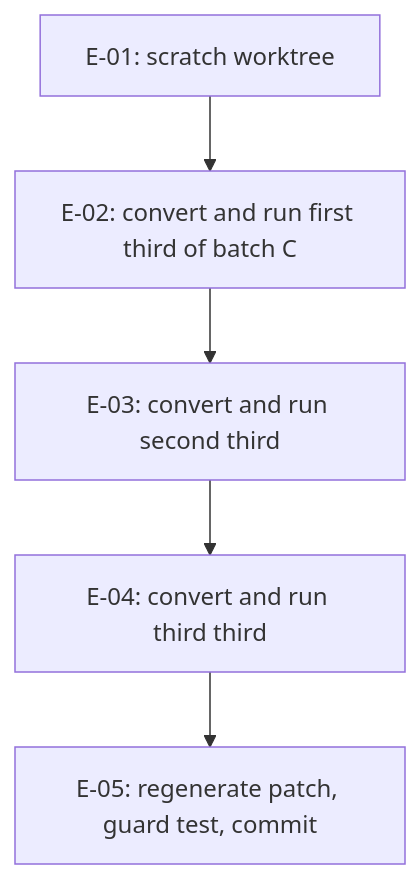
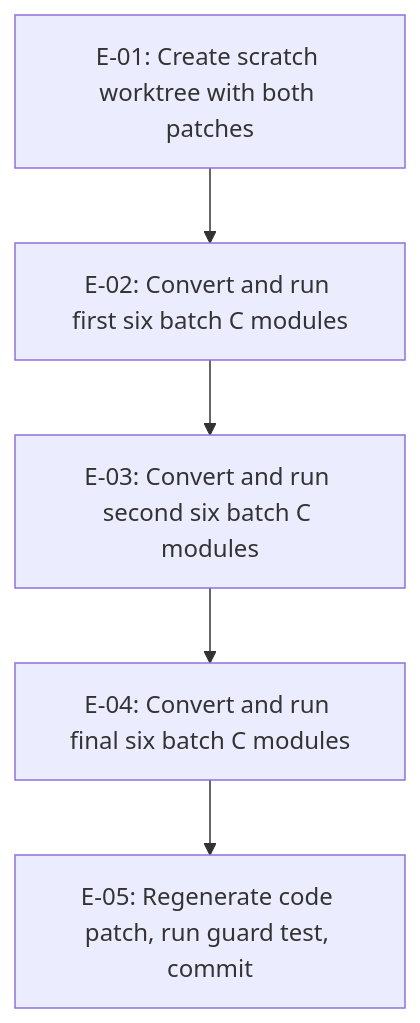
The diagram in .aw/records/plans/pending/20261125-metastore-310-x8id25-convert-test-batch-c-ipd-lifecycle-cli-through-prompts-set-s.ipd.md (fariello/agent-workflows), drawn with Mermaid before and after one commit. The commit also changed other lines of this file and 4 other files, not shown here.

````diff
--- a/.aw/records/plans/pending/20261125-metastore-310-x8id25-convert-test-batch-c-ipd-lifecycle-cli-through-prompts-set-s.ipd.md
+++ b/.aw/records/plans/pending/20261125-metastore-310-x8id25-convert-test-batch-c-ipd-lifecycle-cli-through-prompts-set-s.ipd.md
@@ -90,7 +119,7 @@
 ```mermaid
 flowchart TD
-    E01["E-01: scratch worktree"] --> E02["E-02: convert and run first third of batch C"]
-    E02 --> E03["E-03: convert and run second third"]
-    E03 --> E04["E-04: convert and run third third"]
-    E04 --> E05["E-05: regenerate patch, guard test, commit"]
+    E01["E-01: Create scratch worktree with both patches"] --> E02["E-02: Convert and run first six batch C modules"]
+    E02 --> E03["E-03: Convert and run second six batch C modules"]
+    E03 --> E04["E-04: Convert and run final six batch C modules"]
+    E04 --> E05["E-05: Regenerate code patch, run guard test, commit"]
 ```
````
